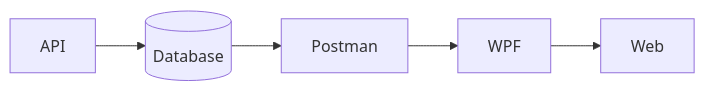
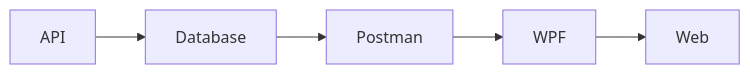
Before and after one commit to ThisIsCed/CSGO-TEAM-API: the fourth of 4 diagrams in README.md, drawn with Mermaid. The commit also changed other lines of this file and 39 other files, not shown here.

````diff
--- a/README.md
+++ b/README.md
@@ -122,4 +139,4 @@
 ```mermaid
 flowchart LR
-API --> Database[(Database)]--> Postman --> WPF --> Web
+API --> Database --> Postman --> WPF --> Web
 ```
````
